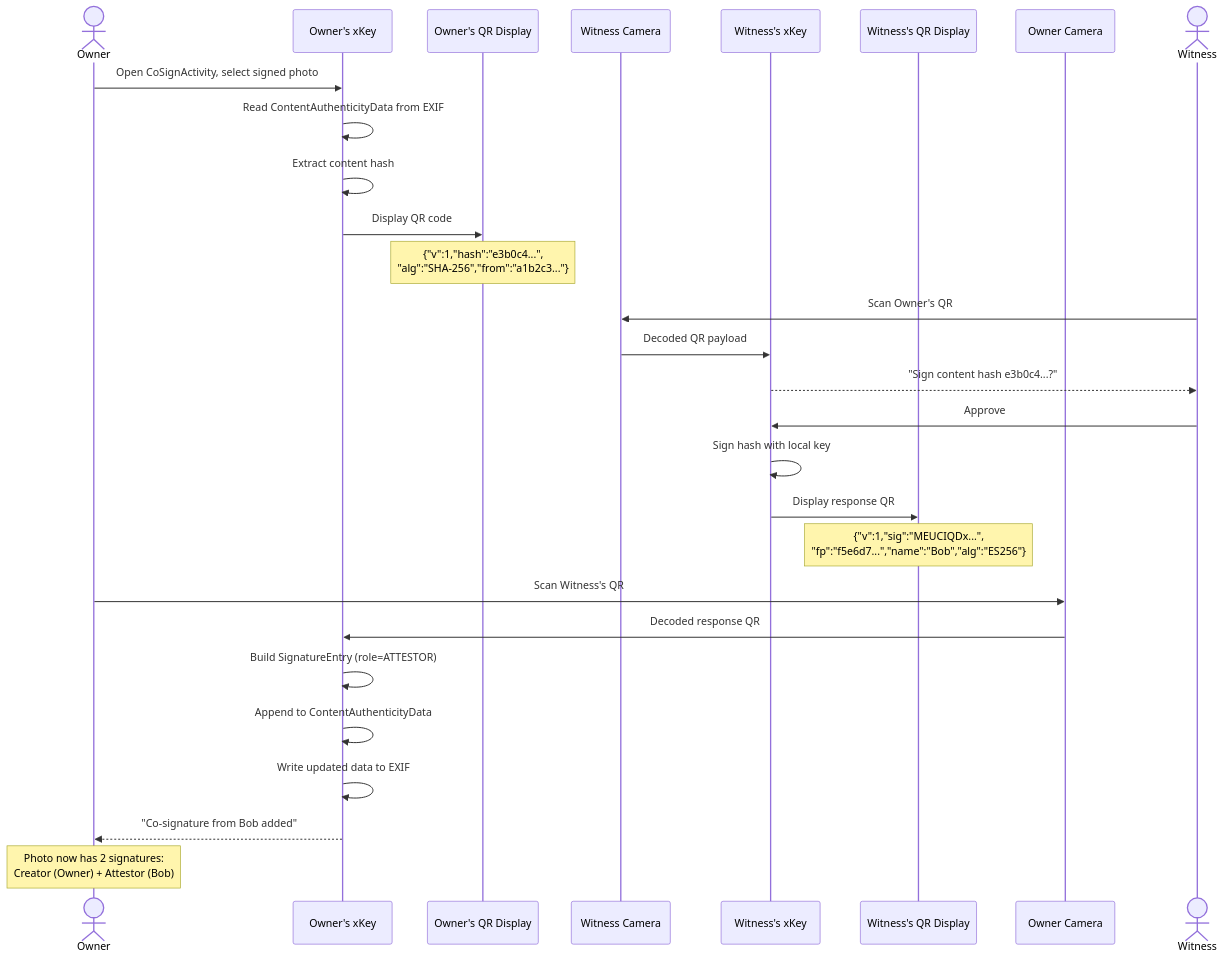
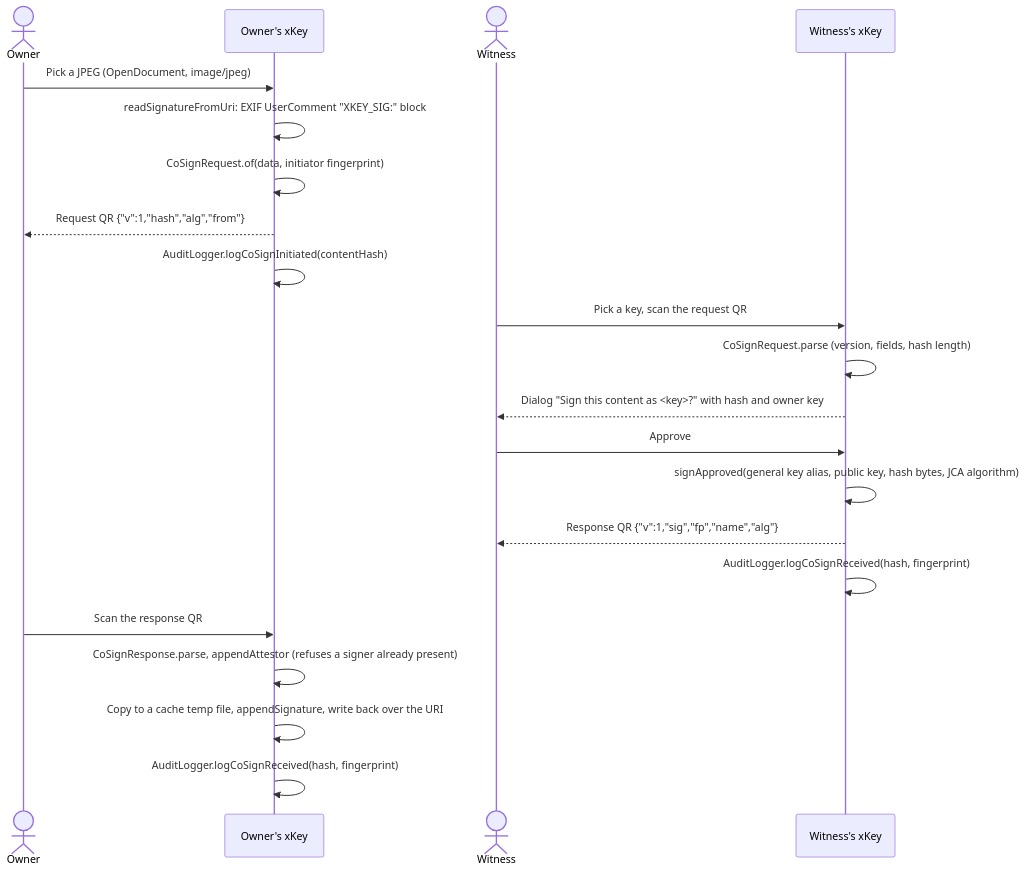
The diagram in docs/co-signing/architecture.md (jeremyhahn/xkey-android), drawn with Mermaid before and after one commit. The commit also changed other lines of this file and 39 other files, not shown here.

````diff
--- a/docs/co-signing/architecture.md
+++ b/docs/co-signing/architecture.md
@@ -101,38 +27,26 @@
 ```mermaid
 sequenceDiagram
     actor Owner
     participant OApp as Owner's xKey
-    participant QR1 as Owner's QR Display
-    participant WCam as Witness Camera
+    actor Witness
     participant WApp as Witness's xKey
-    participant QR2 as Witness's QR Display
-    participant OCam as Owner Camera
 
-    Owner->>OApp: Open CoSignActivity, select signed photo
-    OApp->>OApp: Read ContentAuthenticityData from EXIF
-    OApp->>OApp: Extract content hash
+    Owner->>OApp: Pick a JPEG (OpenDocument, image/jpeg)
+    OApp->>OApp: readSignatureFromUri: EXIF UserComment "XKEY_SIG:" block
+    OApp->>OApp: CoSignRequest.of(data, initiator fingerprint)
+    OApp-->>Owner: Request QR {"v":1,"hash","alg","from"}
+    OApp->>OApp: AuditLogger.logCoSignInitiated(contentHash)
 
-    OApp->>QR1: Display QR code
-    Note over QR1: {"v":1,"hash":"e3b0c4...",<br/>"alg":"SHA-256","from":"a1b2c3..."}
+    Witness->>WApp: Pick a key, scan the request QR
+    WApp->>WApp: CoSignRequest.parse (version, fields, hash length)
+    WApp-->>Witness: Dialog "Sign this content as <key>?" with hash and owner key
+    Witness->>WApp: Approve
+    WApp->>WApp: signApproved(general key alias, public key, hash bytes, JCA algorithm)
+    WApp-->>Witness: Response QR {"v":1,"sig","fp","name","alg"}
+    WApp->>WApp: AuditLogger.logCoSignReceived(hash, fingerprint)
 
-    actor Witness
-    Witness->>WCam: Scan Owner's QR
-    WCam->>WApp: Decoded QR payload
-
-    WApp-->>Witness: "Sign content hash e3b0c4...?"
-    Witness->>WApp: Approve
-
-    WApp->>WApp: Sign hash with local key
-    WApp->>QR2: Display response QR
-    Note over QR2: {"v":1,"sig":"MEUCIQDx...",<br/>"fp":"f5e6d7...","name":"Bob","alg":"ES256"}
-
-    Owner->>OCam: Scan Witness's QR
-    OCam->>OApp: Decoded response QR
-
-    OApp->>OApp: Build SignatureEntry (role=ATTESTOR)
-    OApp->>OApp: Append to ContentAuthenticityData
-    OApp->>OApp: Write updated data to EXIF
-
-    OApp-->>Owner: "Co-signature from Bob added"
-    Note over Owner: Photo now has 2 signatures:<br/>Creator (Owner) + Attestor (Bob)
+    Owner->>OApp: Scan the response QR
+    OApp->>OApp: CoSignResponse.parse, appendAttestor (refuses a signer already present)
+    OApp->>OApp: Copy to a cache temp file, appendSignature, write back over the URI
+    OApp->>OApp: AuditLogger.logCoSignReceived(hash, fingerprint)
 ```
````
